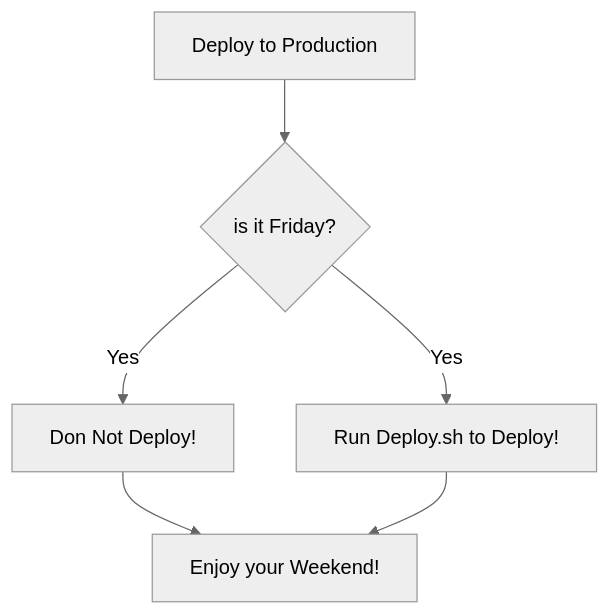
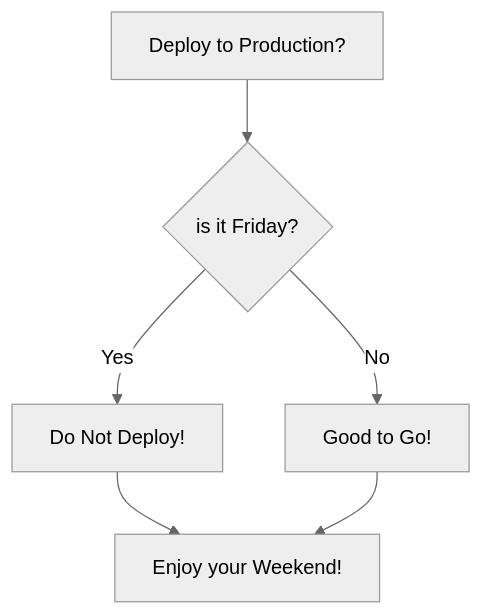
The diagram in README.md (jessewwalkerii/mermaidDemo), drawn with Mermaid (neutral theme) before and after one commit.

````diff
--- a/README.md
+++ b/README.md
@@ -3,8 +3,8 @@
 ```mermaid
 flowchart TD
-    A[Deploy to Production] --> B{is it Friday?};
-    B -- Yes --> C[Don Not Deploy!];
-    B -- Yes --> D[Run Deploy.sh to Deploy!];
+    A[Deploy to Production?] --> B{is it Friday?};
+    B -- Yes --> C[Do Not Deploy!];
+    B -- No --> D[Good to Go!];
     C --> E[Enjoy your Weekend!];
     D --> E[Enjoy your Weekend!];
 ```
````
